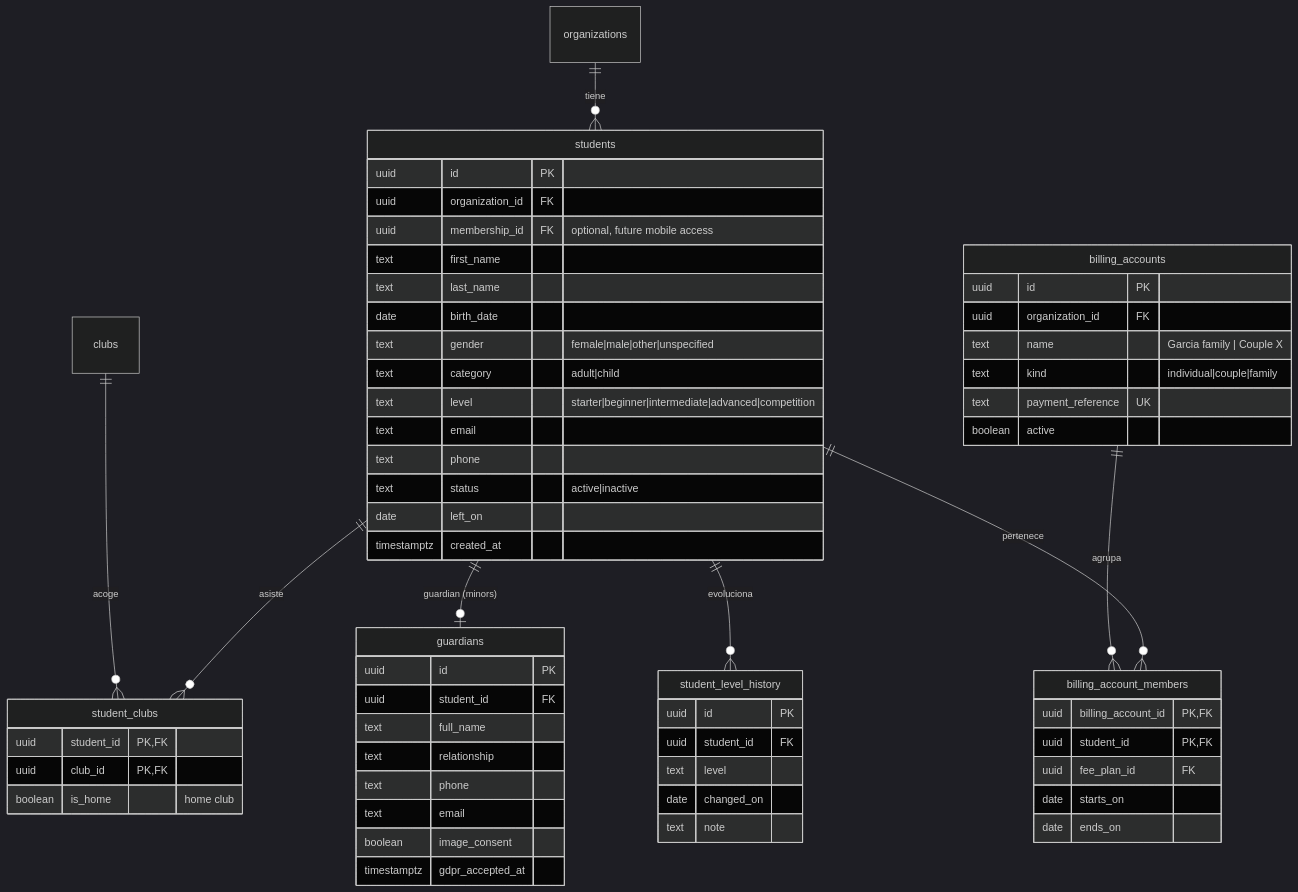
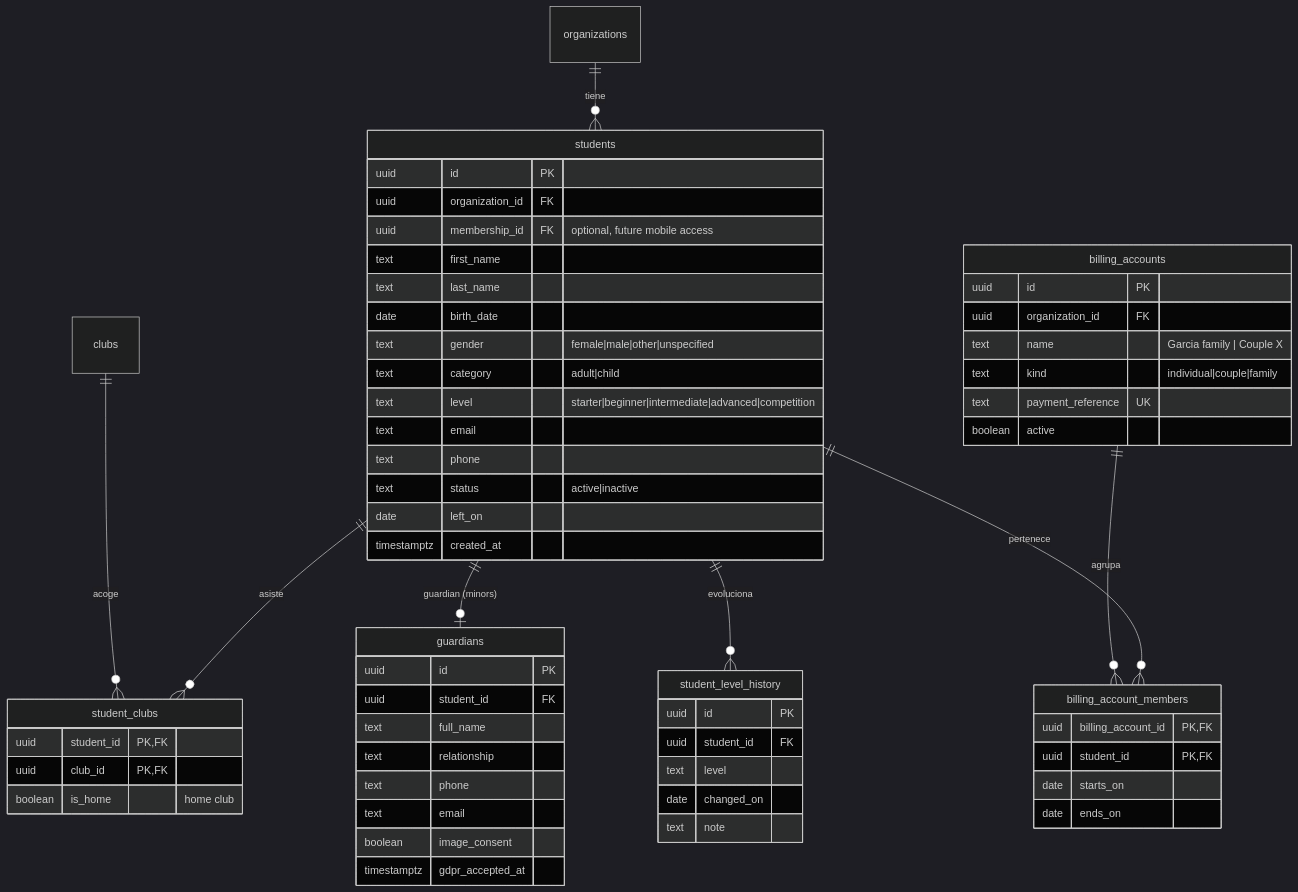
The second of 6 diagrams in docs/DATABASE.md (paf106/aprende-padel-academy-manager-web), drawn with Mermaid (dark theme) before and after one commit. The commit also changed other lines of this file and 1 other file, not shown here.

````diff
--- a/docs/DATABASE.md
+++ b/docs/DATABASE.md
@@ -97,64 +97,63 @@
 ```mermaid
 erDiagram
     organizations ||--o{ students : tiene
     clubs ||--o{ student_clubs : acoge
     students ||--o{ student_clubs : asiste
     students ||--o| guardians : "guardian (minors)"
     students ||--o{ student_level_history : evoluciona
     billing_accounts ||--o{ billing_account_members : agrupa
     students ||--o{ billing_account_members : pertenece
 
     students {
         uuid id PK
         uuid organization_id FK
         uuid membership_id FK "optional, future mobile access"
         text first_name
         text last_name
         date birth_date
         text gender "female|male|other|unspecified"
         text category "adult|child"
         text level "starter|beginner|intermediate|advanced|competition"
         text email
         text phone
         text status "active|inactive"
         date left_on
         timestamptz created_at
     }
     student_clubs {
         uuid student_id PK,FK
         uuid club_id PK,FK
         boolean is_home "home club"
     }
     student_level_history {
         uuid id PK
         uuid student_id FK
         text level
         date changed_on
         text note
     }
     guardians {
         uuid id PK
         uuid student_id FK
         text full_name
         text relationship
         text phone
         text email
         boolean image_consent
         timestamptz gdpr_accepted_at
     }
     billing_accounts {
         uuid id PK
         uuid organization_id FK
         text name "Garcia family | Couple X"
         text kind "individual|couple|family"
         text payment_reference UK
         boolean active
     }
     billing_account_members {
         uuid billing_account_id PK,FK
         uuid student_id PK,FK
-        uuid fee_plan_id FK
         date starts_on
         date ends_on
     }
 ```
````
